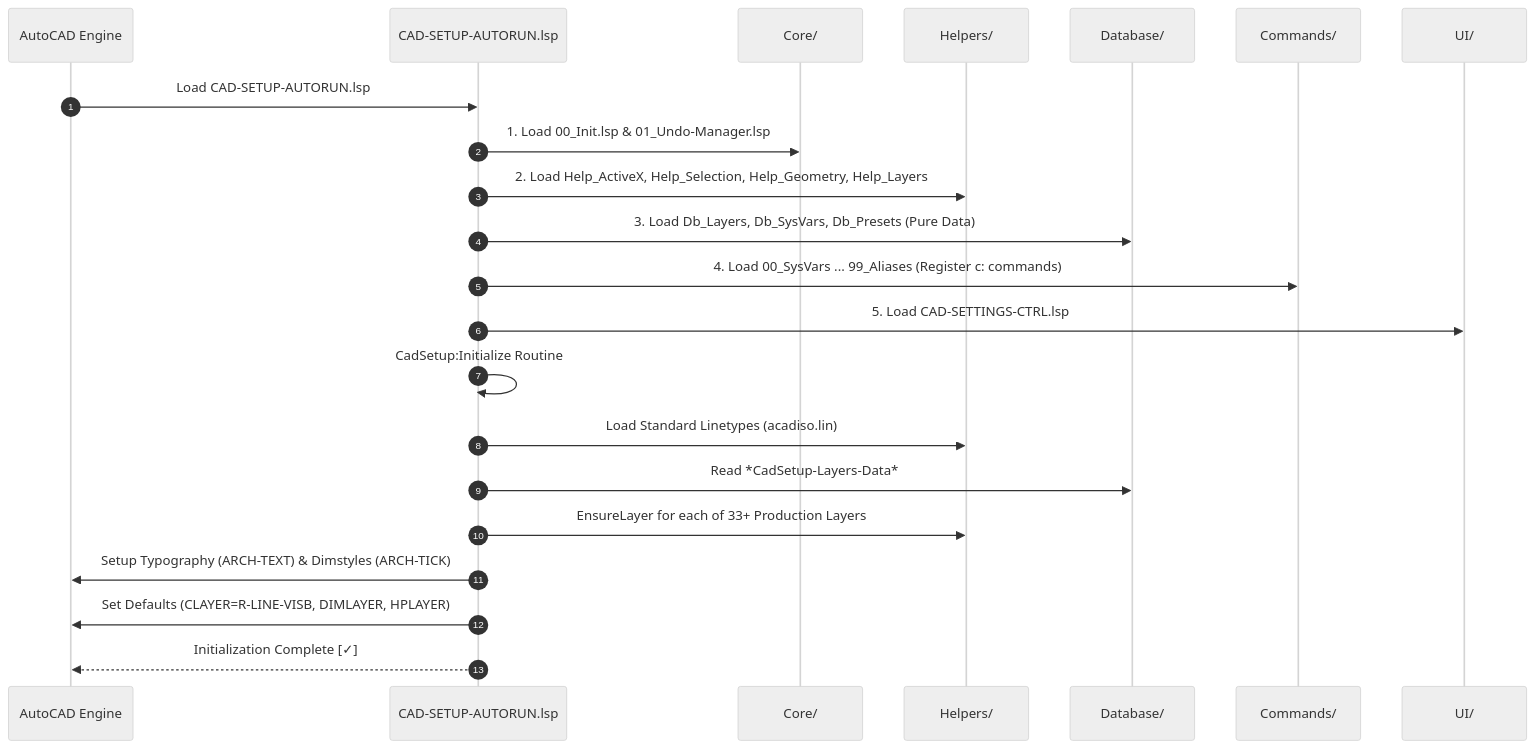
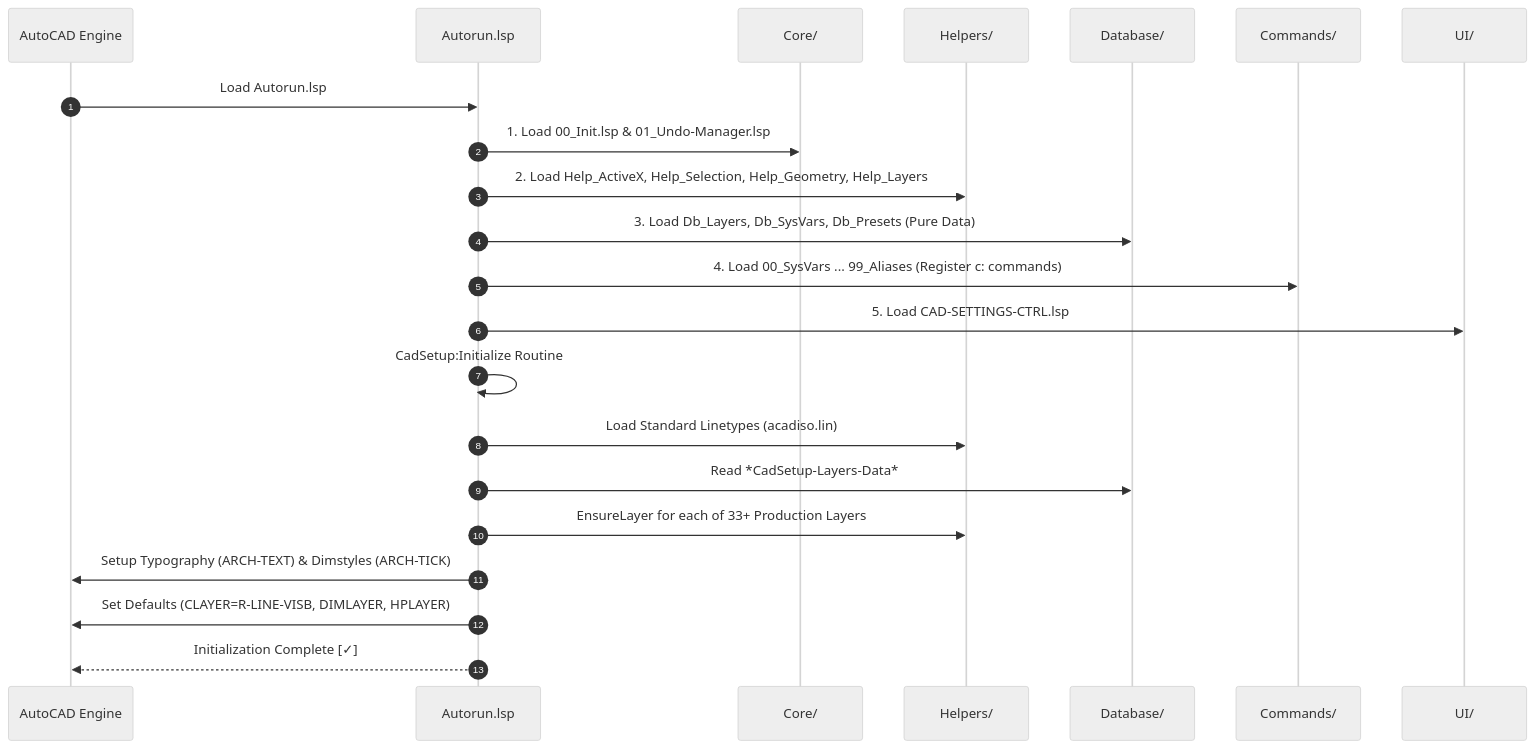
The second of 2 diagrams in ARCHITECTURE.md (Haseebpp/Cad-Setup-v4), drawn with Mermaid (neutral theme) before and after one commit. The commit also changed other lines of this file and 2 other files, not shown here.

Commit message:
Rename to Autorun.lsp
prompt 1:
I want to rename the main entry point "CAD-SETUP-AUTORUN.lsp" to "Autorun.lsp", make changes wherever required without breaking the code [/goal](slashCommand;goal)

prompt 2:
[00_Init.lsp#L7-48](textBlock;file:///d%3A/Cad-Setup/Cad-Setup-v4/Core/00_Init.lsp#L7-48)
I don't need any fallback directry or manuall overiding when the code in initialising, i will manually add path of the Autorun.lsp in Autocad APPLOAD. make a error catch banner infoming me to set the correct path if the path is not working or other possible errors in Autocad

````diff
--- a/ARCHITECTURE.md
+++ b/ARCHITECTURE.md
@@ -45,25 +45,25 @@
 ```mermaid
 sequenceDiagram
     autonumber
     participant ACAD as AutoCAD Engine
-    participant Auto as CAD-SETUP-AUTORUN.lsp
+    participant Auto as Autorun.lsp
     participant Core as Core/
     participant Help as Helpers/
     participant Db as Database/
     participant Cmd as Commands/
     participant UI as UI/
 
-    ACAD->>Auto: Load CAD-SETUP-AUTORUN.lsp
+    ACAD->>Auto: Load Autorun.lsp
     Auto->>Core: 1. Load 00_Init.lsp & 01_Undo-Manager.lsp
     Auto->>Help: 2. Load Help_ActiveX, Help_Selection, Help_Geometry, Help_Layers
     Auto->>Db: 3. Load Db_Layers, Db_SysVars, Db_Presets (Pure Data)
     Auto->>Cmd: 4. Load 00_SysVars ... 99_Aliases (Register c: commands)
     Auto->>UI: 5. Load CAD-SETTINGS-CTRL.lsp
     Auto->>Auto: CadSetup:Initialize Routine
     Auto->>Help: Load Standard Linetypes (acadiso.lin)
     Auto->>Db: Read *CadSetup-Layers-Data*
     Auto->>Help: EnsureLayer for each of 33+ Production Layers
     Auto->>ACAD: Setup Typography (ARCH-TEXT) & Dimstyles (ARCH-TICK)
     Auto->>ACAD: Set Defaults (CLAYER=R-LINE-VISB, DIMLAYER, HPLAYER)
     Auto-->>ACAD: Initialization Complete [✓]
 ```
````
